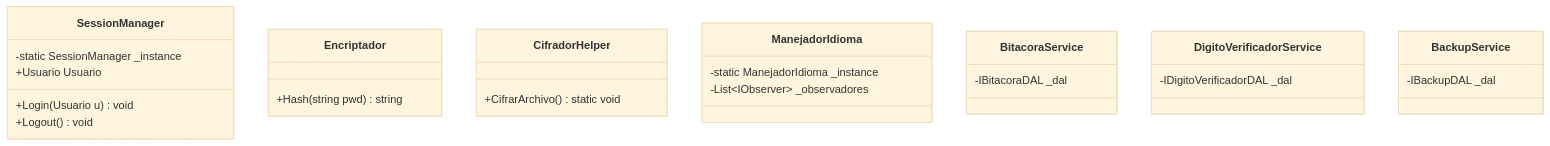
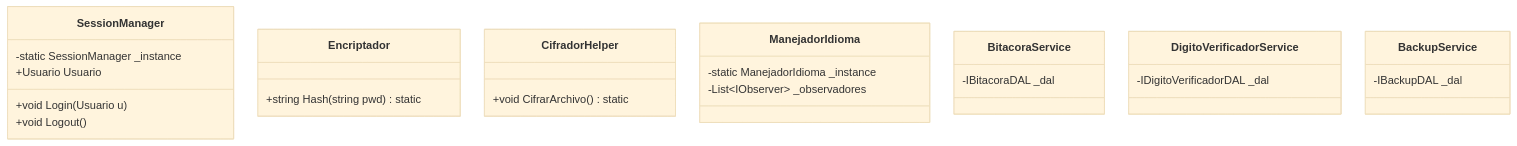
One commit to LautiSmyth/Stach changed diagram 21 of 25 in Documentacion/diagrams_code.md. Above: the diagram before and after it, drawn with Mermaid (base theme). The commit also changed other lines of this file, not shown here.

Commit message:
Doc: Format all Mermaid diagrams to match student ELK configuration layout and standard C# member type/name declarations

````diff
--- a/Documentacion/diagrams_code.md
+++ b/Documentacion/diagrams_code.md
@@ -541,28 +595,32 @@
 ```mermaid
+---
+config:
+  layout: elk
+---
 classDiagram
     class SessionManager {
         -static SessionManager _instance
         +Usuario Usuario
-        +Login(Usuario u) void
-        +Logout() void
+        +void Login(Usuario u)
+        +void Logout()
     }
     class Encriptador {
-        +Hash(string pwd) string
+        +string Hash(string pwd) static
     }
     class CifradorHelper {
-        +CifrarArchivo() static void
+        +void CifrarArchivo() static
     }
     class ManejadorIdioma {
         -static ManejadorIdioma _instance
         -List~IObserver~ _observadores
     }
     class BitacoraService {
         -IBitacoraDAL _dal
     }
     class DigitoVerificadorService {
         -IDigitoVerificadorDAL _dal
     }
     class BackupService {
         -IBackupDAL _dal
     }
 ```
````
